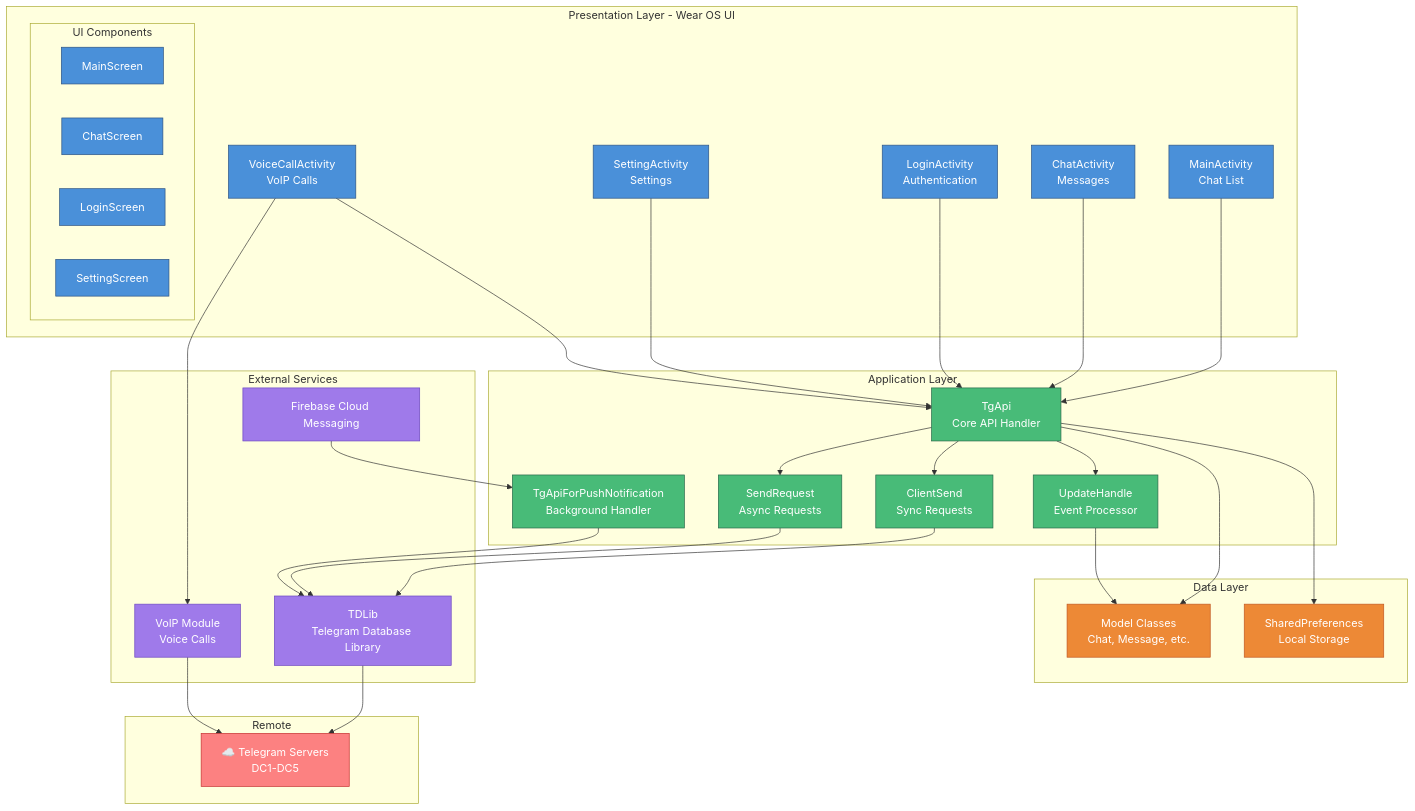
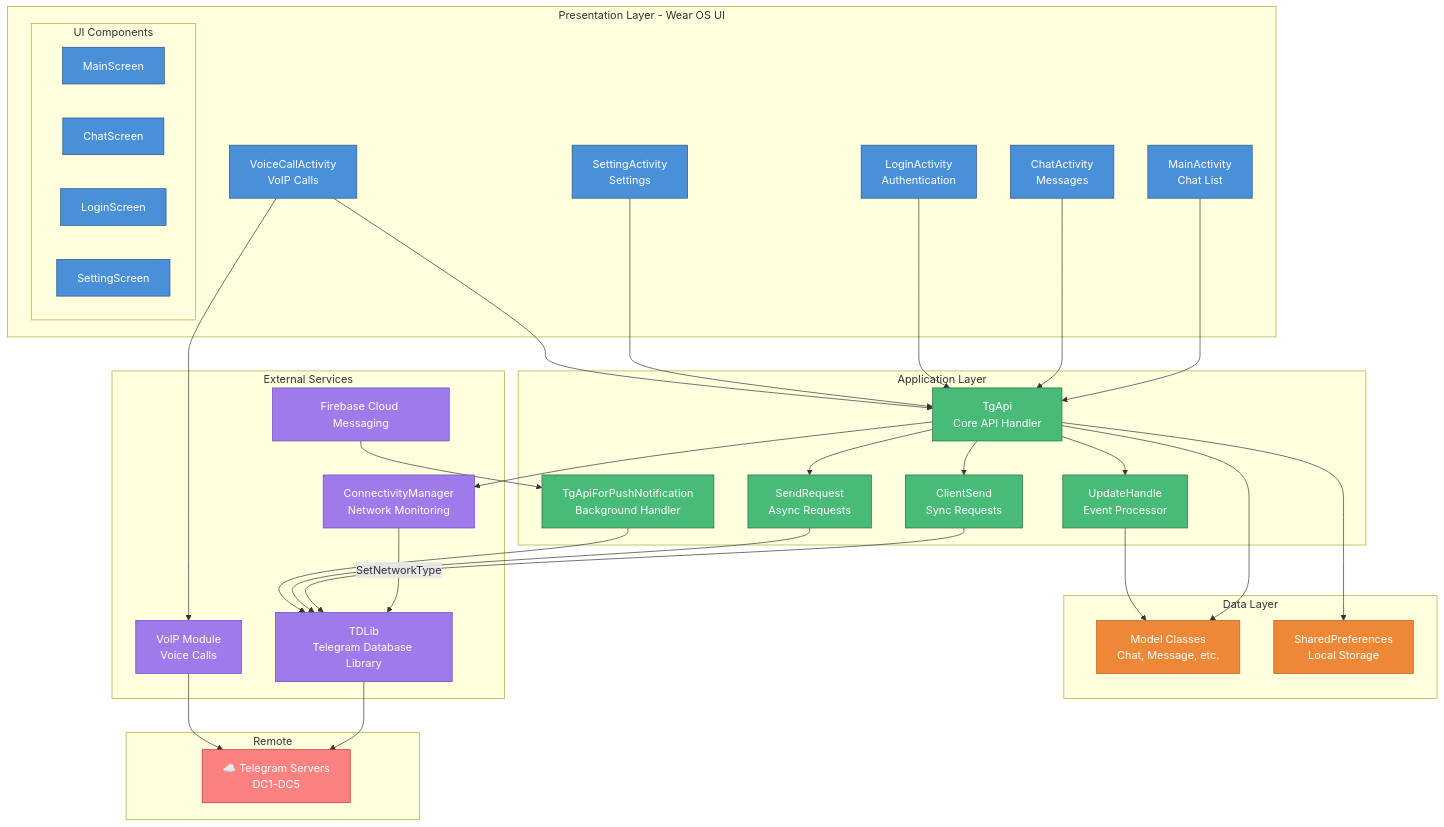
Before and after one commit to zznam/TGwear: the first of 8 diagrams in docs/ARCHITECTURE.md, drawn with Mermaid. The commit also changed other lines of this file, not shown here.

Commit message:
docs: Update architecture documentation with recent connection stability fixes, `runBlocking` replacements, and ConnectivityManager integration.

````diff
--- a/docs/ARCHITECTURE.md
+++ b/docs/ARCHITECTURE.md
@@ -41,75 +43,79 @@
 ```mermaid
 graph TB
     subgraph "Presentation Layer - Wear OS UI"
         MA[MainActivity<br/>Chat List]
         CA[ChatActivity<br/>Messages]
         LA[LoginActivity<br/>Authentication]
         SA[SettingActivity<br/>Settings]
         VA[VoiceCallActivity<br/>VoIP Calls]
         subgraph "UI Components"
             MC[MainScreen]
             CC[ChatScreen]
             LC[LoginScreen]
             SC[SettingScreen]
         end
     end
     
     subgraph "Application Layer"
         TG[TgApi<br/>Core API Handler]
         UH[UpdateHandle<br/>Event Processor]
         CS[ClientSend<br/>Sync Requests]
         SR[SendRequest<br/>Async Requests]
         TPN[TgApiForPushNotification<br/>Background Handler]
     end
     
     subgraph "Data Layer"
         MODEL[Model Classes<br/>Chat, Message, etc.]
         SP[SharedPreferences<br/>Local Storage]
     end
     
     subgraph "External Services"
         TDLIB[TDLib<br/>Telegram Database Library]
         FCM[Firebase Cloud Messaging]
         VOIP[VoIP Module<br/>Voice Calls]
+        CM[ConnectivityManager<br/>Network Monitoring]
     end
     
     subgraph "Remote"
         TG_SERVER[☁️ Telegram Servers<br/>DC1-DC5]
     end
     
     MA --> TG
     CA --> TG
     LA --> TG
     SA --> TG
     VA --> TG
     VA --> VOIP
     
     TG --> UH
     TG --> CS
     TG --> SR
     TG --> MODEL
     TG --> SP
+    TG --> CM
+    
+    CM -->|SetNetworkType| TDLIB
     
     UH --> MODEL
     
     CS --> TDLIB
     SR --> TDLIB
     
     TPN --> TDLIB
     FCM --> TPN
     
     TDLIB --> TG_SERVER
     VOIP --> TG_SERVER
     
     classDef ui fill:#4a90d9,stroke:#2c5282,color:#fff
     classDef app fill:#48bb78,stroke:#276749,color:#fff
     classDef data fill:#ed8936,stroke:#c05621,color:#fff
     classDef external fill:#9f7aea,stroke:#6b46c1,color:#fff
     classDef remote fill:#fc8181,stroke:#c53030,color:#fff
     
     class MA,CA,LA,SA,VA,MC,CC,LC,SC ui
     class TG,UH,CS,SR,TPN app
     class MODEL,SP data
-    class TDLIB,FCM,VOIP external
+    class TDLIB,FCM,VOIP,CM external
     class TG_SERVER remote
 ```
````
